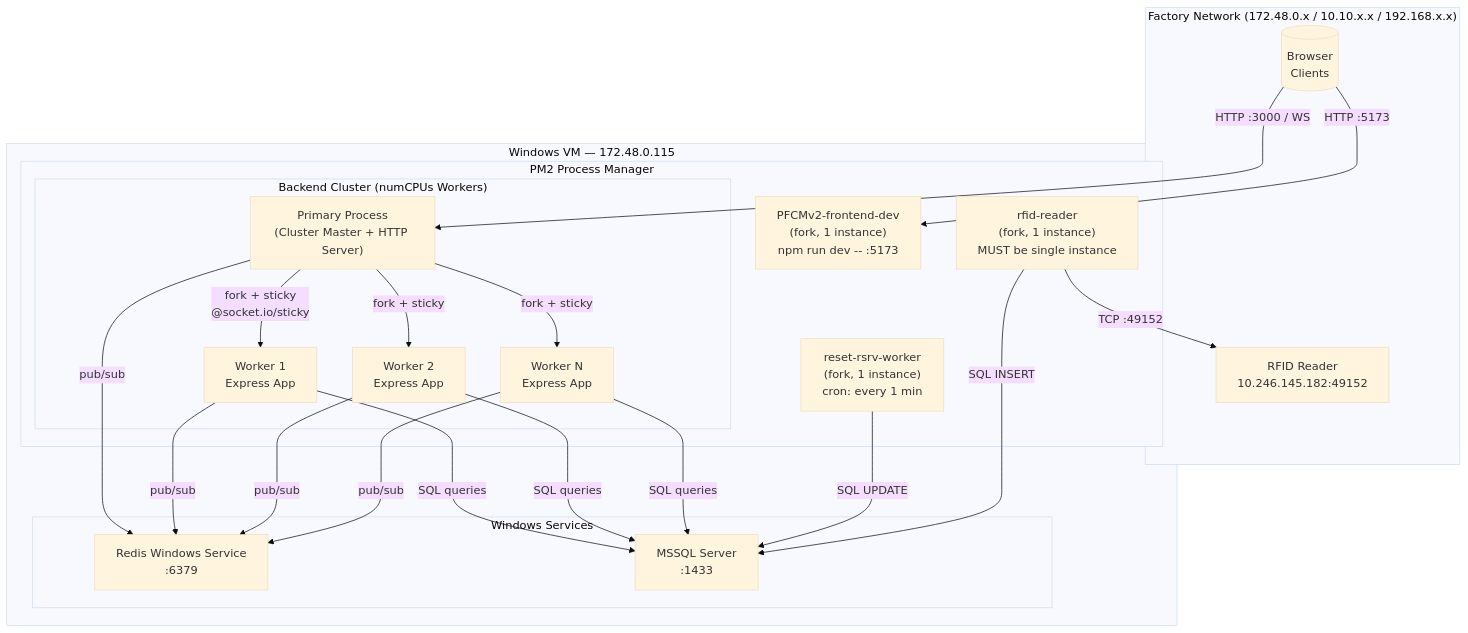
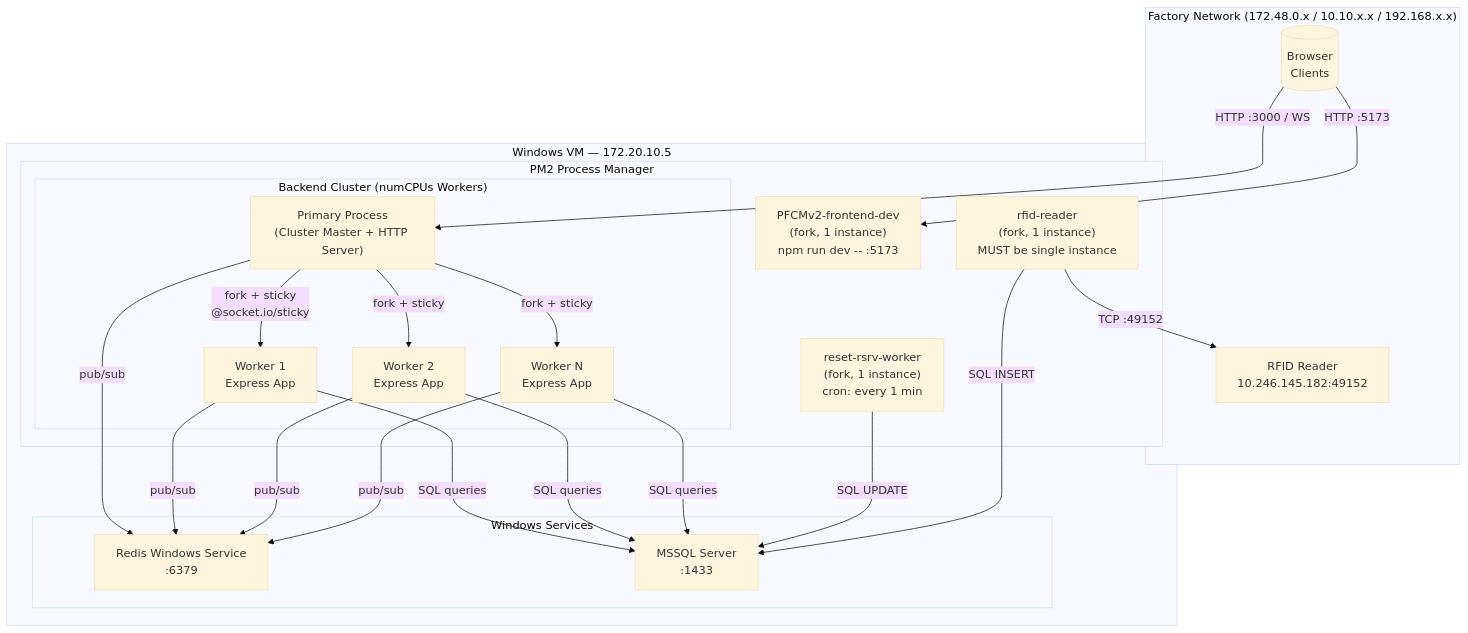
Before and after one commit to TUAPUAN-CODE/DelayHUB: the first of 18 diagrams in flow.md, drawn with Mermaid (base theme). The commit also changed other lines of this file and 37 other files, not shown here.

````diff
--- a/flow.md
+++ b/flow.md
@@ -60,42 +60,42 @@
 ```mermaid
 graph TB
     subgraph FACTORY_NETWORK["Factory Network (172.48.0.x / 10.10.x.x / 192.168.x.x)"]
         CLIENT[("Browser<br/>Clients")]
         RFID_DEVICE["RFID Reader<br/>10.246.145.182:49152"]
     end
 
-    subgraph WINDOWS_VM["Windows VM — 172.48.0.115"]
+    subgraph WINDOWS_VM["Windows VM — 172.20.10.5"]
         subgraph PM2["PM2 Process Manager"]
             subgraph CLUSTER["Backend Cluster (numCPUs Workers)"]
                 PRIMARY["Primary Process<br/>(Cluster Master + HTTP Server)"]
                 W1["Worker 1<br/>Express App"]
                 W2["Worker 2<br/>Express App"]
                 WN["Worker N<br/>Express App"]
                 PRIMARY -->|"fork + sticky<br/>@socket.io/sticky"| W1
                 PRIMARY -->|"fork + sticky"| W2
                 PRIMARY -->|"fork + sticky"| WN
             end
             RESET["reset-rsrv-worker<br/>(fork, 1 instance)<br/>cron: every 1 min"]
             RFID["rfid-reader<br/>(fork, 1 instance)<br/>MUST be single instance"]
             FRONTEND["PFCMv2-frontend-dev<br/>(fork, 1 instance)<br/>npm run dev -- :5173"]
         end
 
         subgraph SERVICES["Windows Services"]
             REDIS_SVC["Redis Windows Service<br/>:6379"]
             MSSQL_SVC["MSSQL Server<br/>:1433"]
         end
     end
 
     CLIENT -->|"HTTP :5173"| FRONTEND
     CLIENT -->|"HTTP :3000 / WS"| PRIMARY
     PRIMARY -->|"pub/sub"| REDIS_SVC
     W1 -->|"pub/sub"| REDIS_SVC
     W2 -->|"pub/sub"| REDIS_SVC
     WN -->|"pub/sub"| REDIS_SVC
     W1 -->|"SQL queries"| MSSQL_SVC
     W2 -->|"SQL queries"| MSSQL_SVC
     WN -->|"SQL queries"| MSSQL_SVC
     RESET -->|"SQL UPDATE"| MSSQL_SVC
     RFID -->|"TCP :49152"| RFID_DEVICE
     RFID -->|"SQL INSERT"| MSSQL_SVC
 ```
````
